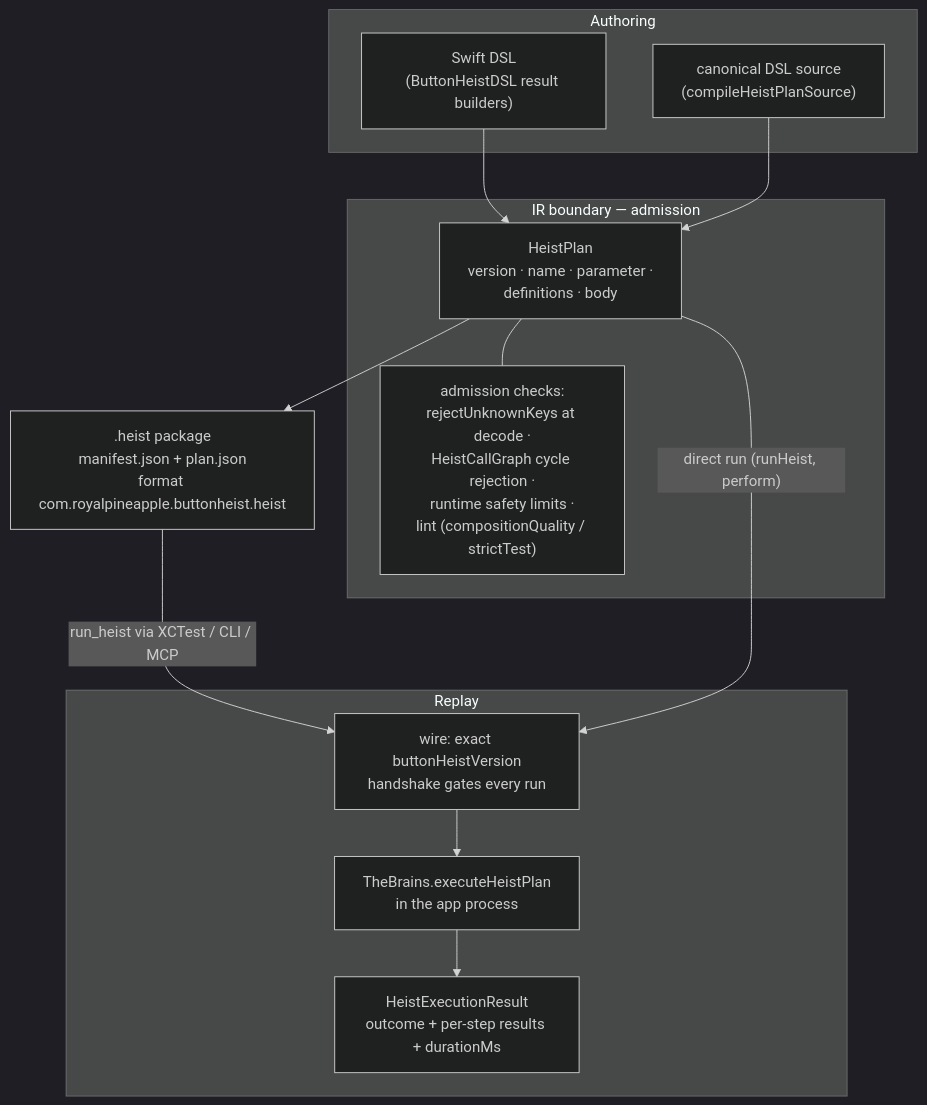
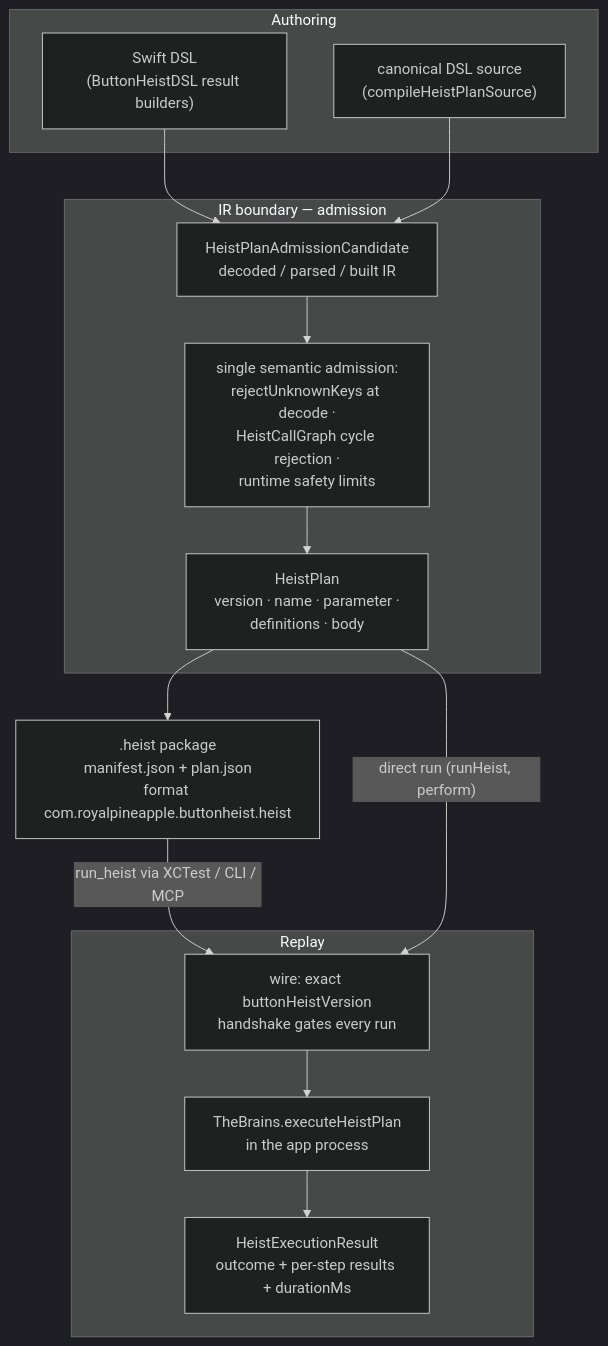
One commit to RoyalPineapple/TheButtonHeist changed the diagram in docs/diagrams/heist-lifecycle.md. Above: the diagram before and after it, drawn with Mermaid (dark theme). The commit also changed other lines of this file and 4 other files, not shown here.

Commit message:
Align architecture docs with assembled contracts

````diff
--- a/docs/diagrams/heist-lifecycle.md
+++ b/docs/diagrams/heist-lifecycle.md
@@ -8,29 +8,30 @@
 ```mermaid
 flowchart TD
     subgraph author["Authoring"]
         SWIFT["Swift DSL<br/>(ButtonHeistDSL result builders)"]
         SOURCE["canonical DSL source<br/>(compileHeistPlanSource)"]
     end
 
     subgraph ir["IR boundary — admission"]
+        CANDIDATE["HeistPlanAdmissionCandidate<br/>decoded / parsed / built IR"]
+        CHECKS["single semantic admission:<br/>rejectUnknownKeys at decode ·<br/>HeistCallGraph cycle rejection ·<br/>runtime safety limits"]
         PLAN["HeistPlan<br/>version · name · parameter ·<br/>definitions · body"]
-        CHECKS["admission checks:<br/>rejectUnknownKeys at decode ·<br/>HeistCallGraph cycle rejection ·<br/>runtime safety limits ·<br/>lint (compositionQuality / strictTest)"]
-        PLAN --- CHECKS
+        CANDIDATE --> CHECKS --> PLAN
     end
 
     HEIST[".heist package<br/>manifest.json + plan.json<br/>format com.royalpineapple.buttonheist.heist"]
 
     subgraph replay["Replay"]
         GATE["wire: exact buttonHeistVersion<br/>handshake gates every run"]
         BRAINS["TheBrains.executeHeistPlan<br/>in the app process"]
         RECEIPT["HeistExecutionResult<br/>outcome + per-step results + durationMs"]
         GATE --> BRAINS
         BRAINS --> RECEIPT
     end
 
-    SWIFT --> PLAN
-    SOURCE --> PLAN
+    SWIFT --> CANDIDATE
+    SOURCE --> CANDIDATE
     PLAN --> HEIST
     HEIST -- "run_heist via XCTest / CLI / MCP" --> GATE
     PLAN -- "direct run (runHeist, perform)" --> GATE
 ```
````
